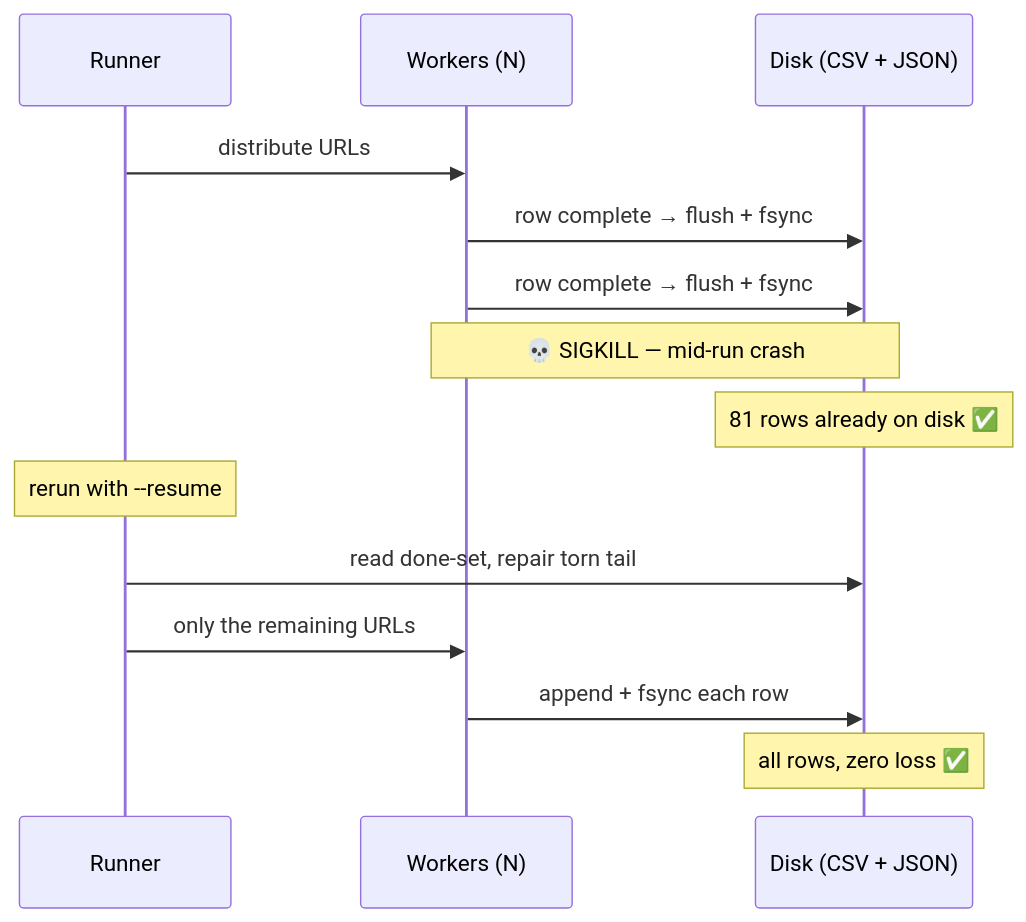
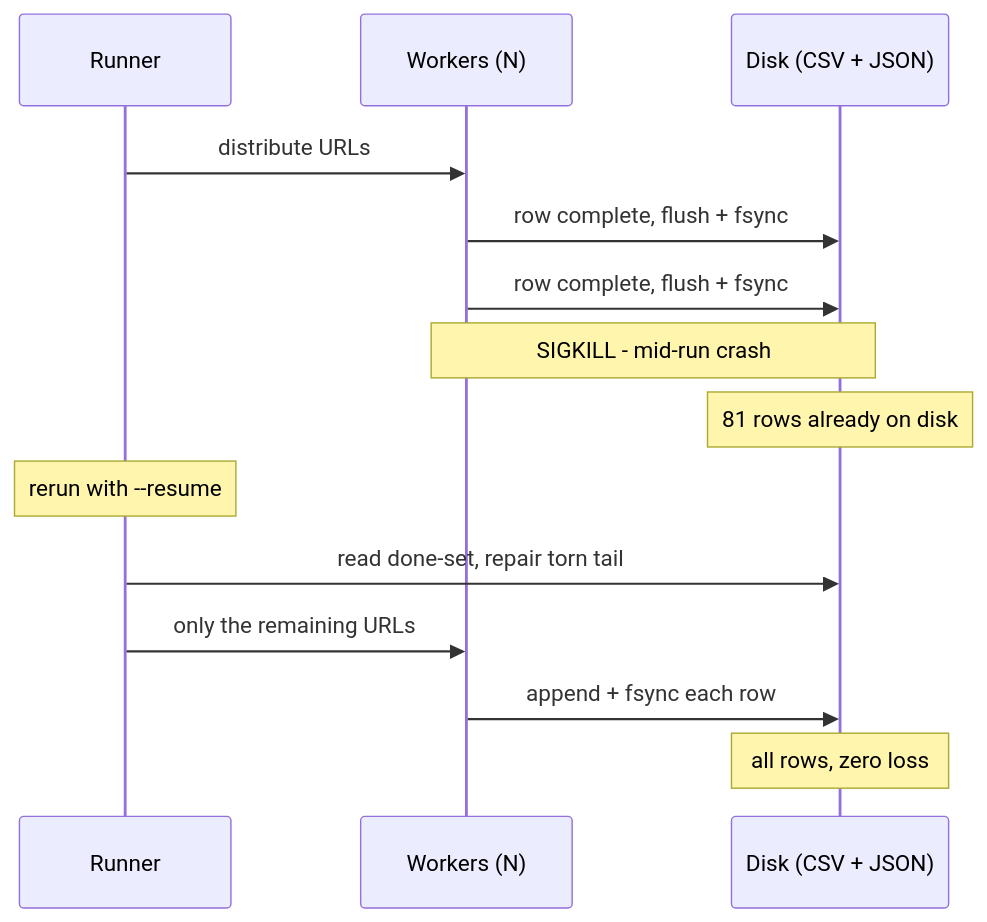
The second of 4 diagrams in README.md (zaktecs-ai/every-site-scraping), drawn with Mermaid before and after one commit. The commit also changed other lines of this file, not shown here.

Commit message:
Fix mermaid render: remove emojis/em-dashes/unicode arrows from all 4 diagrams (GitHub mermaid renderer intermittent failures)

````diff
--- a/README.md
+++ b/README.md
@@ -111,17 +111,17 @@
 ```mermaid
 sequenceDiagram
     participant R as Runner
     participant W as Workers (N)
     participant D as Disk (CSV + JSON)
 
     R->>W: distribute URLs
-    W->>D: row complete → flush + fsync
-    W->>D: row complete → flush + fsync
-    Note over W,D: 💀 SIGKILL — mid-run crash
-    Note over D: 81 rows already on disk ✅
+    W->>D: row complete, flush + fsync
+    W->>D: row complete, flush + fsync
+    Note over W,D: SIGKILL - mid-run crash
+    Note over D: 81 rows already on disk
     Note over R: rerun with --resume
     R->>D: read done-set, repair torn tail
     R->>W: only the remaining URLs
     W->>D: append + fsync each row
-    Note over D: all rows, zero loss ✅
+    Note over D: all rows, zero loss
 ```
````
